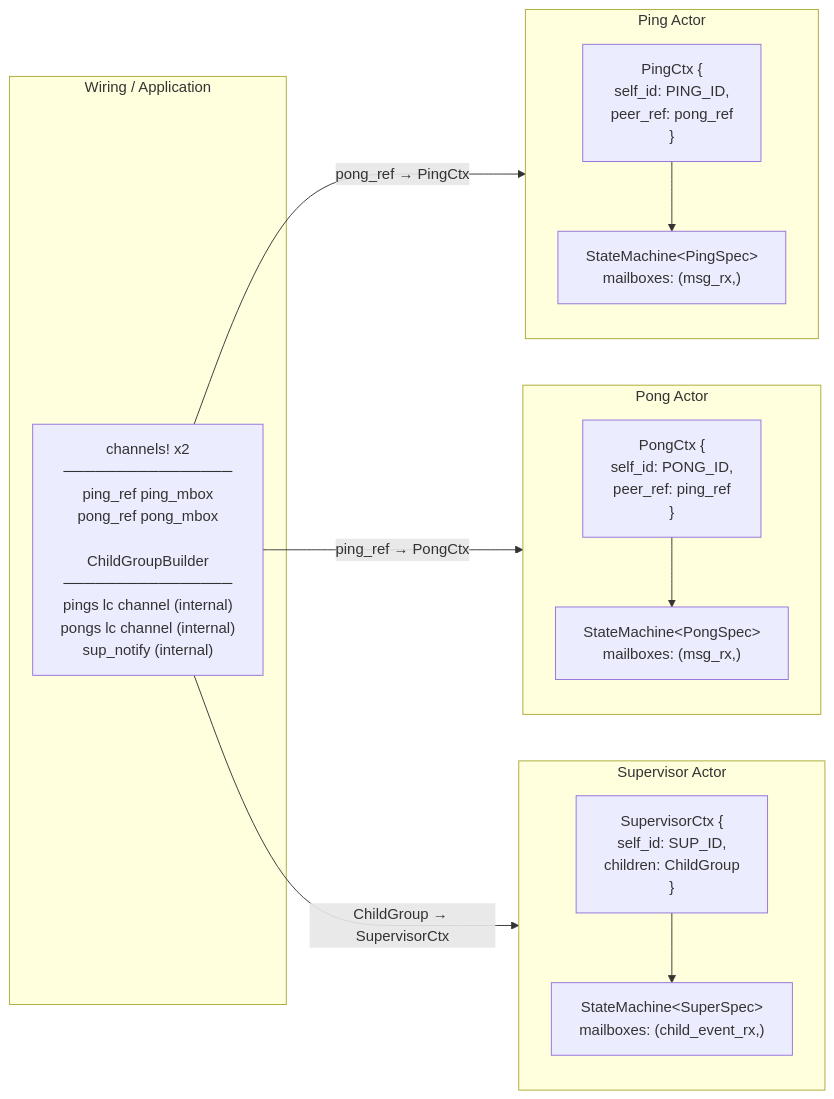
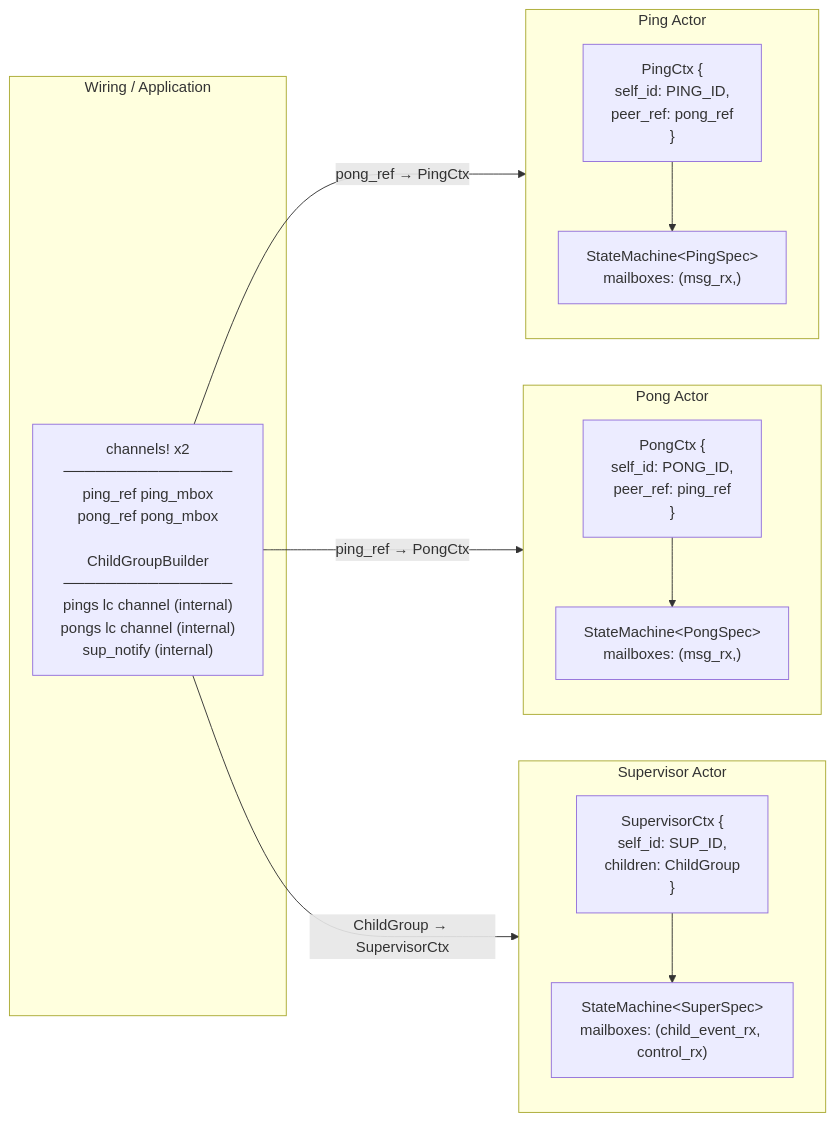
The second of 2 diagrams in spec/architecture/04-static-wiring.md (bloxide-com/bloxide), drawn with Mermaid before and after one commit. The commit also changed other lines of this file and 215 other files, not shown here.

````diff
--- a/spec/architecture/04-static-wiring.md
+++ b/spec/architecture/04-static-wiring.md
@@ -32,28 +33,28 @@
 ```mermaid
 flowchart LR
     subgraph wiring [Wiring / Application]
         W["channels! x2\n────────────────\nping_ref  ping_mbox\npong_ref  pong_mbox\n\nChildGroupBuilder\n────────────────\npings lc channel (internal)\npongs lc channel (internal)\nsup_notify (internal)"]
     end
 
     subgraph sup_actor [Supervisor Actor]
         SC["SupervisorCtx {\n  self_id: SUP_ID,\n  children: ChildGroup\n}"]
-        SSM["StateMachine&lt;SuperSpec&gt;\nmailboxes: (child_event_rx,)"]
+        SSM["StateMachine&lt;SuperSpec&gt;\nmailboxes: (child_event_rx, control_rx)"]
         SC --> SSM
     end
 
     subgraph ping_actor [Ping Actor]
         PC["PingCtx {\n  self_id: PING_ID,\n  peer_ref: pong_ref\n}"]
         PSM["StateMachine&lt;PingSpec&gt;\nmailboxes: (msg_rx,)"]
         PC --> PSM
     end
 
     subgraph pong_actor [Pong Actor]
         OC["PongCtx {\n  self_id: PONG_ID,\n  peer_ref: ping_ref\n}"]
         OSM["StateMachine&lt;PongSpec&gt;\nmailboxes: (msg_rx,)"]
         OC --> OSM
     end
 
     W -- "pong_ref → PingCtx" --> ping_actor
     W -- "ping_ref → PongCtx" --> pong_actor
     W -- "ChildGroup → SupervisorCtx" --> sup_actor
 ```
````
